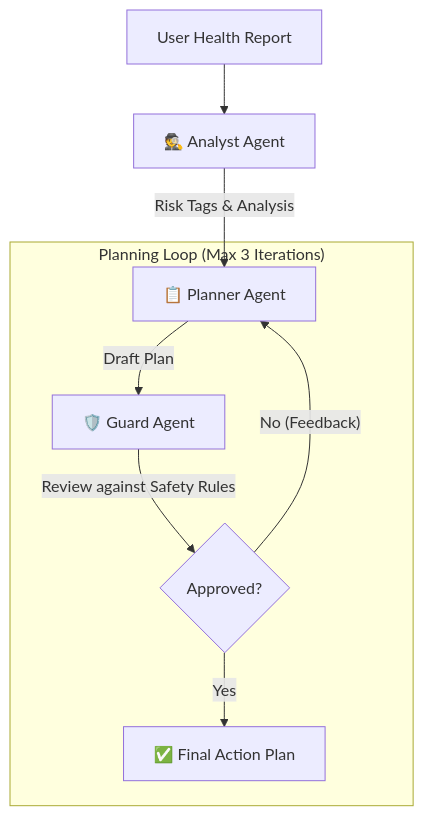
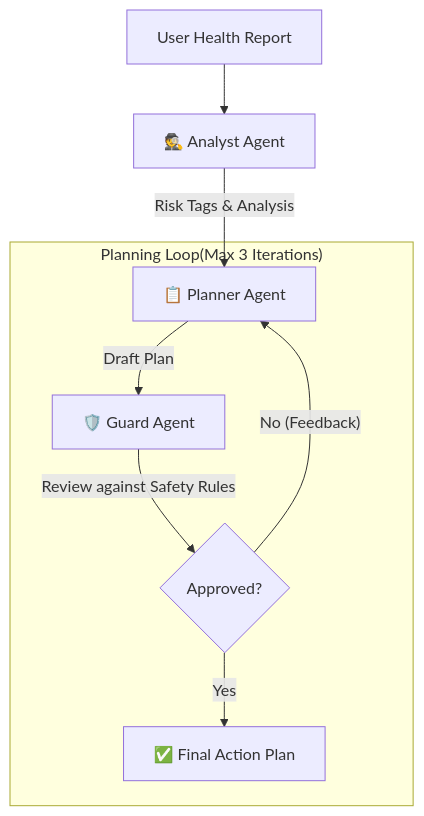
The diagram in README.md (KLTsai/health-action-squad), drawn with Mermaid before and after one commit. The commit also changed other lines of this file, not shown here.

````diff
--- a/README.md
+++ b/README.md
@@ -36,12 +39,12 @@
 ```mermaid
 graph TD
     User[User Health Report] --> Analyst[🕵️ Analyst Agent]
     Analyst -->|Risk Tags & Analysis| Planner[📋 Planner Agent]
     
-    subgraph "Planning Loop (Max 3 Iterations)"
+    subgraph "Planning Loop(Max 3 Iterations)"
         Planner -->|Draft Plan| Guard[🛡️ Guard Agent]
         Guard -->|Review against Safety Rules| Decision{Approved?}
         Decision -- No (Feedback) --> Planner
         Decision -- Yes --> Final[✅ Final Action Plan]
     end
 ```
````
